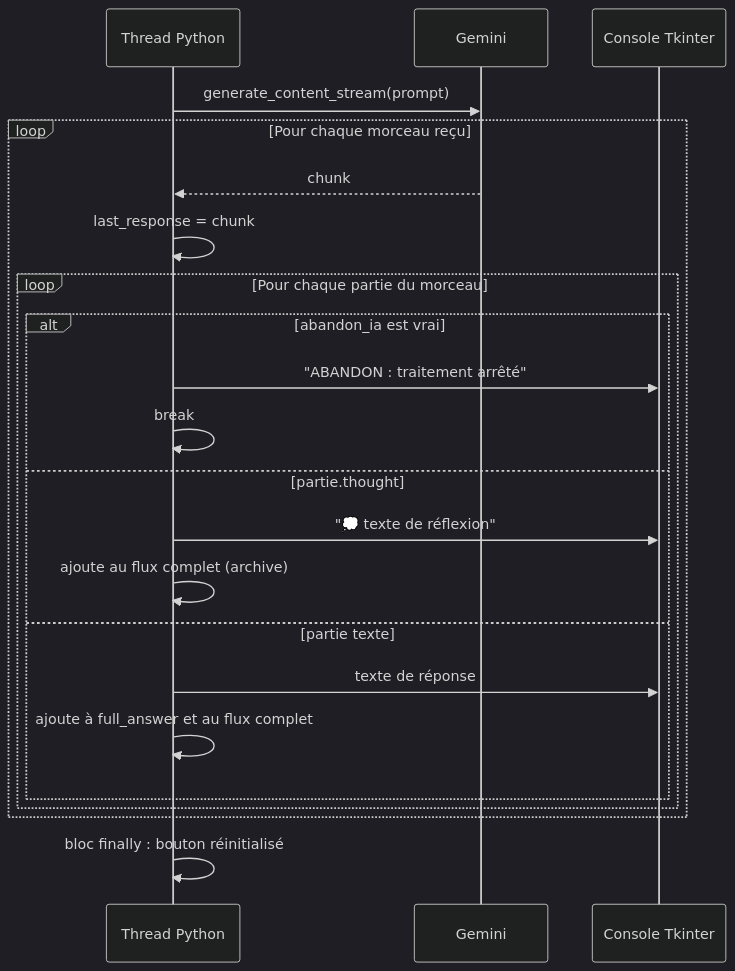
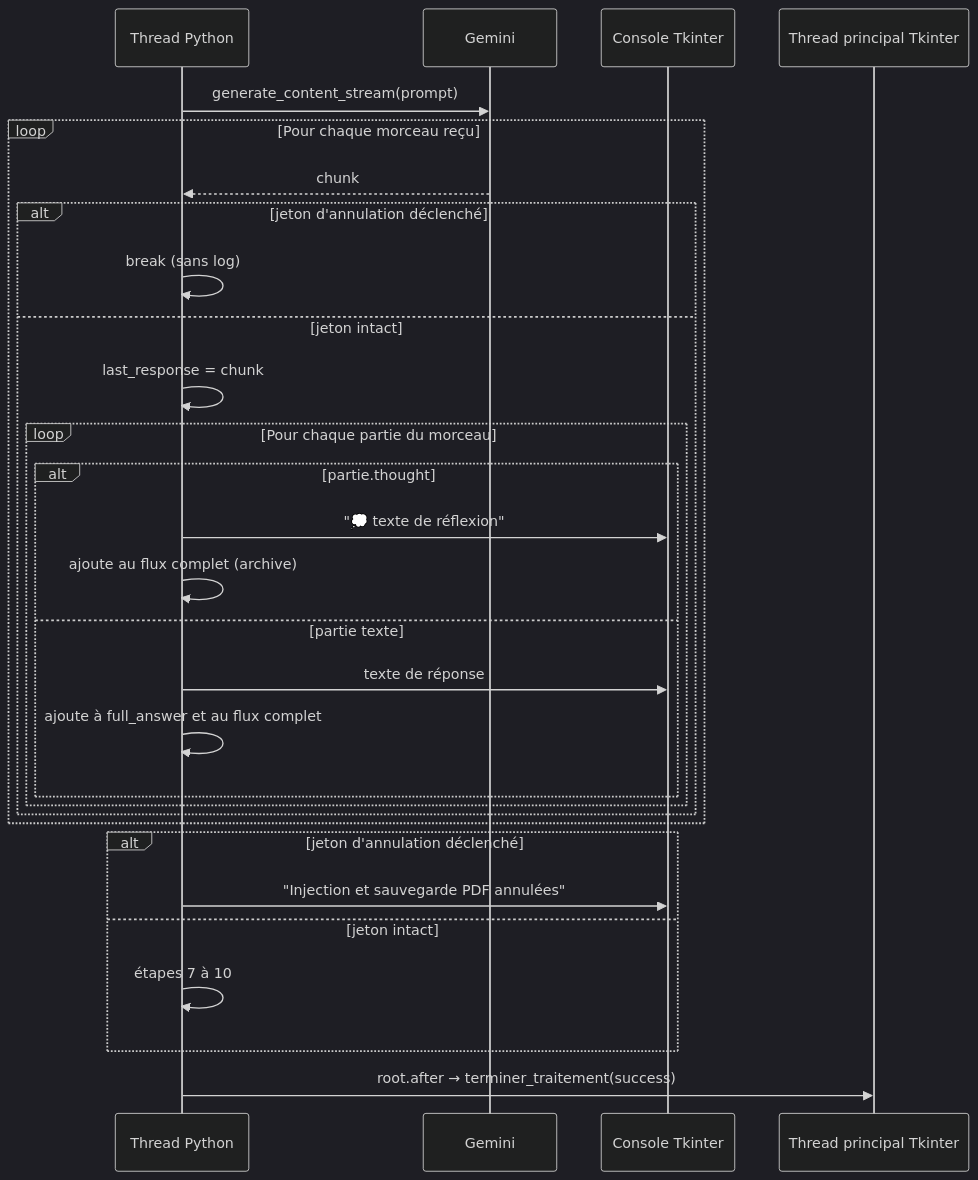
The fourth of 8 diagrams in doc/WORKFLOW_GEMINI.md (lecinquiemejour-code/PromptoDYS_app), drawn with Mermaid (dark theme) before and after one commit. The commit also changed other lines of this file and 2 other files, not shown here.

Commit message:
docs(ai): Update AI abandon documentation after cancellation rework

````diff
--- a/doc/WORKFLOW_GEMINI.md
+++ b/doc/WORKFLOW_GEMINI.md
@@ -153,25 +154,32 @@
 ```mermaid
 sequenceDiagram
     participant TK as Thread Python
     participant G as Gemini
     participant GUI as Console Tkinter
+    participant MAIN as Thread principal Tkinter
 
     TK->>G: generate_content_stream(prompt)
     loop Pour chaque morceau reçu
         G-->>TK: chunk
-        TK->>TK: last_response = chunk
-        loop Pour chaque partie du morceau
-            alt abandon_ia est vrai
-                TK->>GUI: "ABANDON : traitement arrêté"
-                TK->>TK: break
-            else partie.thought
-                TK->>GUI: "💭 texte de réflexion"
-                TK->>TK: ajoute au flux complet (archive)
-            else partie texte
-                TK->>GUI: texte de réponse
-                TK->>TK: ajoute à full_answer et au flux complet
+        alt jeton d'annulation déclenché
+            TK->>TK: break (sans log)
+        else jeton intact
+            TK->>TK: last_response = chunk
+            loop Pour chaque partie du morceau
+                alt partie.thought
+                    TK->>GUI: "💭 texte de réflexion"
+                    TK->>TK: ajoute au flux complet (archive)
+                else partie texte
+                    TK->>GUI: texte de réponse
+                    TK->>TK: ajoute à full_answer et au flux complet
+                end
             end
         end
     end
-    TK->>TK: bloc finally : bouton réinitialisé
+    alt jeton d'annulation déclenché
+        TK->>GUI: "Injection et sauvegarde PDF annulées"
+    else jeton intact
+        TK->>TK: étapes 7 à 10
+    end
+    TK->>MAIN: root.after → terminer_traitement(success)
 ```
````
